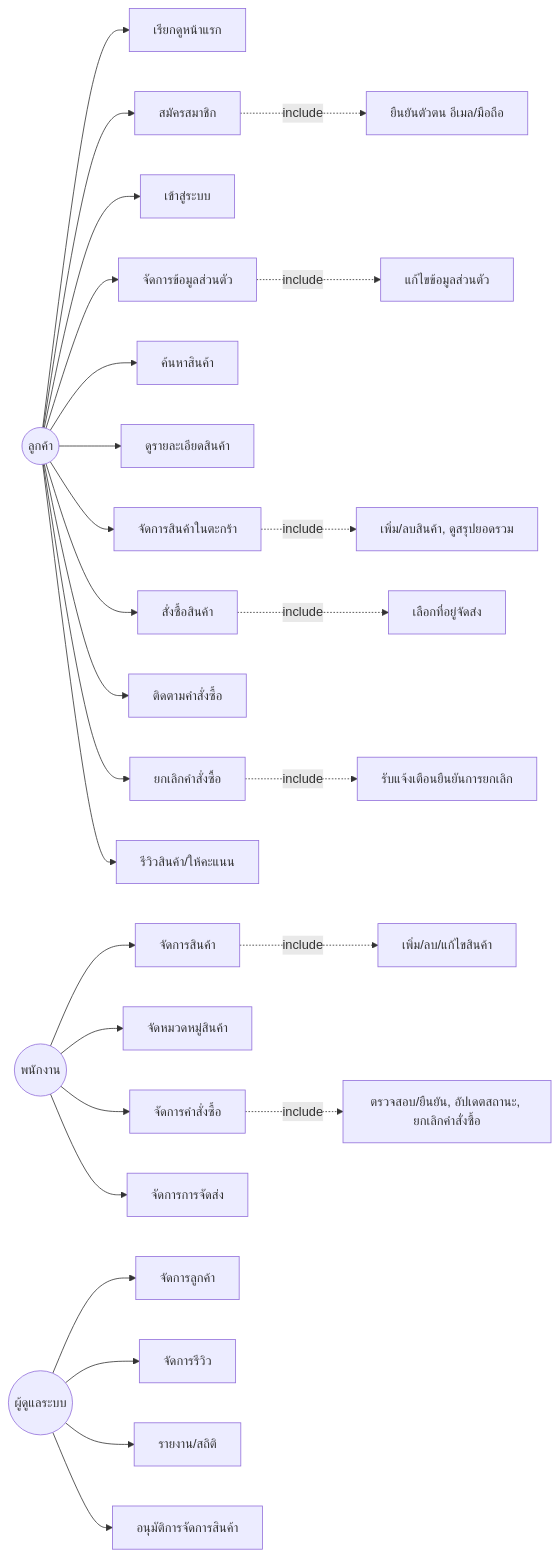
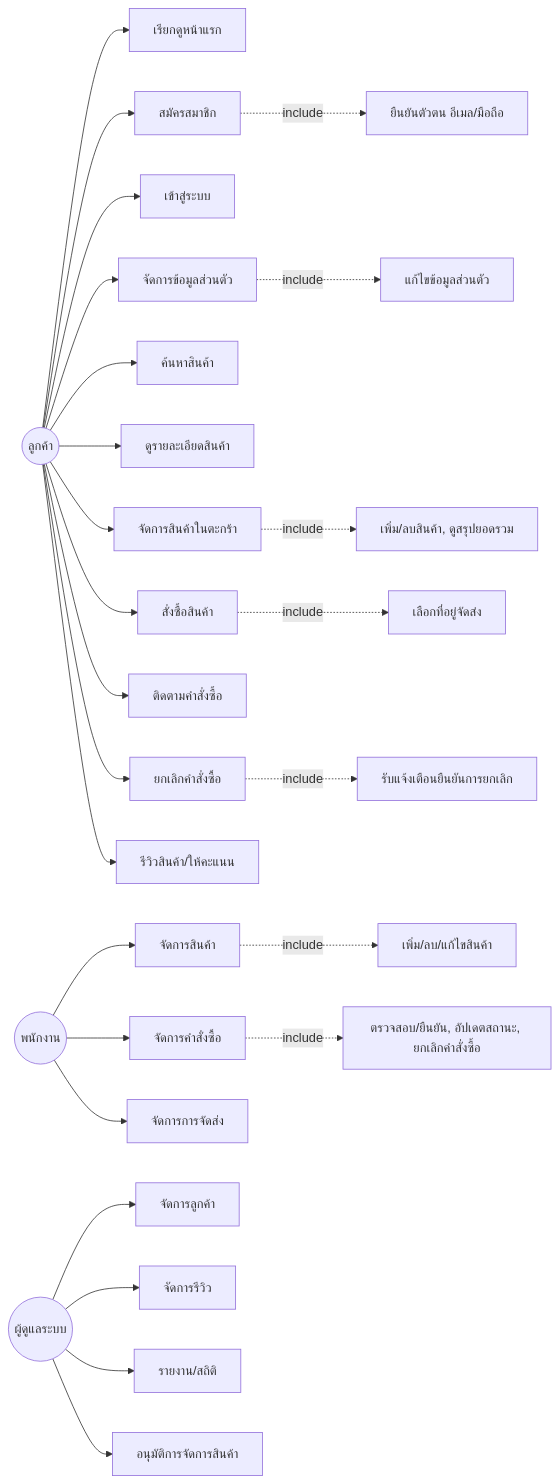
One commit to ptnsin/Farmart changed the first of 2 diagrams in docs/analysis-design.md. Above: the diagram before and after it, drawn with Mermaid.

Commit message:
ลืมลบ

````diff
--- a/docs/analysis-design.md
+++ b/docs/analysis-design.md
@@ -22,38 +22,37 @@
 ```mermaid
 graph LR
     CustomerActor((ลูกค้า))
     EmployeeActor((พนักงาน))
     AdminActor((ผู้ดูแลระบบ))
 
     %% ลูกค้า
     CustomerActor --> UC_Home[เรียกดูหน้าแรก]
     CustomerActor --> UC_Register[สมัครสมาชิก]
     UC_Register -.include.-> UC_Verify[ยืนยันตัวตน อีเมล/มือถือ]
     CustomerActor --> UC_Login[เข้าสู่ระบบ]
     CustomerActor --> UC_Profile[จัดการข้อมูลส่วนตัว]
     UC_Profile -.include.-> UC_EditProfile[แก้ไขข้อมูลส่วนตัว]
     CustomerActor --> UC_Search[ค้นหาสินค้า]
     CustomerActor --> UC_Detail[ดูรายละเอียดสินค้า]
     CustomerActor --> UC_Cart[จัดการสินค้าในตะกร้า]
     UC_Cart -.include.-> UC_CartOps["เพิ่ม/ลบสินค้า, ดูสรุปยอดรวม"]
     CustomerActor --> UC_Order[สั่งซื้อสินค้า]
     UC_Order -.include.-> UC_Address[เลือกที่อยู่จัดส่ง]
     CustomerActor --> UC_Track[ติดตามคำสั่งซื้อ]
     CustomerActor --> UC_Cancel[ยกเลิกคำสั่งซื้อ]
     UC_Cancel -.include.-> UC_ConfirmCancel[รับแจ้งเตือนยืนยันการยกเลิก]
     CustomerActor --> UC_Review["รีวิวสินค้า/ให้คะแนน"]
 
     %% พนักงาน
     EmployeeActor --> UC_ManageProduct[จัดการสินค้า]
     UC_ManageProduct -.include.-> UC_ProductOps["เพิ่ม/ลบ/แก้ไขสินค้า"]
-    EmployeeActor --> UC_Category[จัดหมวดหมู่สินค้า]
     EmployeeActor --> UC_ManageOrder[จัดการคำสั่งซื้อ]
     UC_ManageOrder -.include.-> UC_OrderOps["ตรวจสอบ/ยืนยัน, อัปเดตสถานะ, ยกเลิกคำสั่งซื้อ"]
     EmployeeActor --> UC_ManageShip[จัดการการจัดส่ง]
 
     %% ผู้ดูแลระบบ (Admin)
     AdminActor --> UC_ManageCustomer[จัดการลูกค้า]
     AdminActor --> UC_ManageReview[จัดการรีวิว]
     AdminActor --> UC_Report["รายงาน/สถิติ"]
     AdminActor --> UC_Approve[อนุมัติการจัดการสินค้า]
 ```
````
